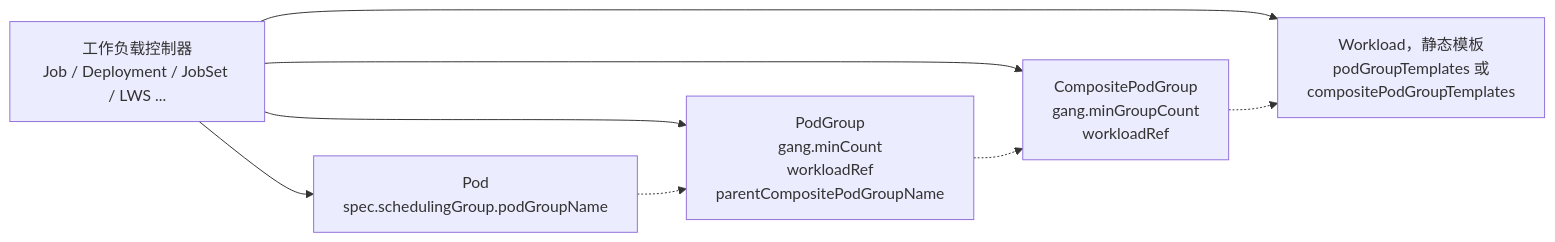
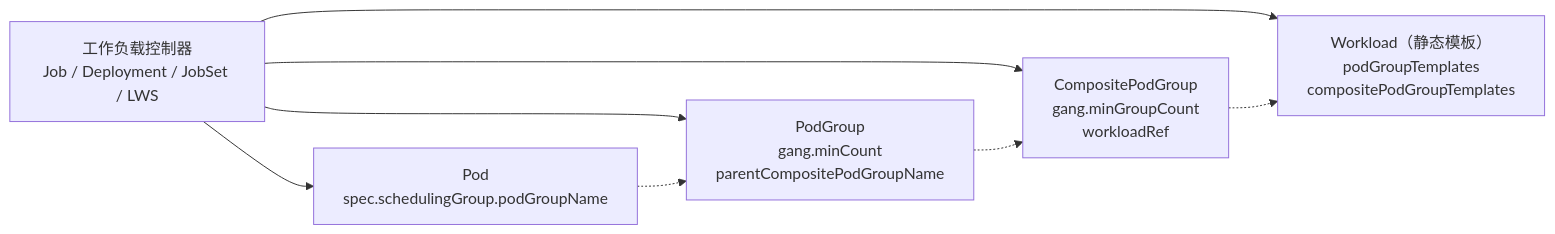
One commit to JesseStutler/volcano changed the second of 15 diagrams in docs/research/k8s-workload-aware-scheduling-vs-volcano-cn.md. Above: the diagram before and after it, drawn with Mermaid. The commit also changed other lines of this file and 1 other file, not shown here.

First line of the commit message:
docs: improve readability of upstream PodGroup vs Volcano report

````diff
--- a/docs/research/k8s-workload-aware-scheduling-vs-volcano-cn.md
+++ b/docs/research/k8s-workload-aware-scheduling-vs-volcano-cn.md
@@ -73,16 +79,16 @@
 ```mermaid
 flowchart LR
-    Ctrl["工作负载控制器<br/>Job / Deployment / JobSet / LWS ..."]
-    W["Workload，静态模板<br/>podGroupTemplates 或<br/>compositePodGroupTemplates"]
+    Ctrl["工作负载控制器<br/>Job / Deployment / JobSet / LWS"]
+    W["Workload（静态模板）<br/>podGroupTemplates<br/>compositePodGroupTemplates"]
     CPG["CompositePodGroup<br/>gang.minGroupCount<br/>workloadRef"]
-    PG["PodGroup<br/>gang.minCount<br/>workloadRef<br/>parentCompositePodGroupName"]
+    PG["PodGroup<br/>gang.minCount<br/>parentCompositePodGroupName"]
     Pod["Pod<br/>spec.schedulingGroup.podGroupName"]
 
+    Ctrl --> W
+    Ctrl --> CPG
+    Ctrl --> PG
     Ctrl --> Pod
-    Ctrl --> PG
-    Ctrl --> CPG
-    Ctrl --> W
     Pod -.-> PG
     PG -.-> CPG
     CPG -.-> W
 ```
````
